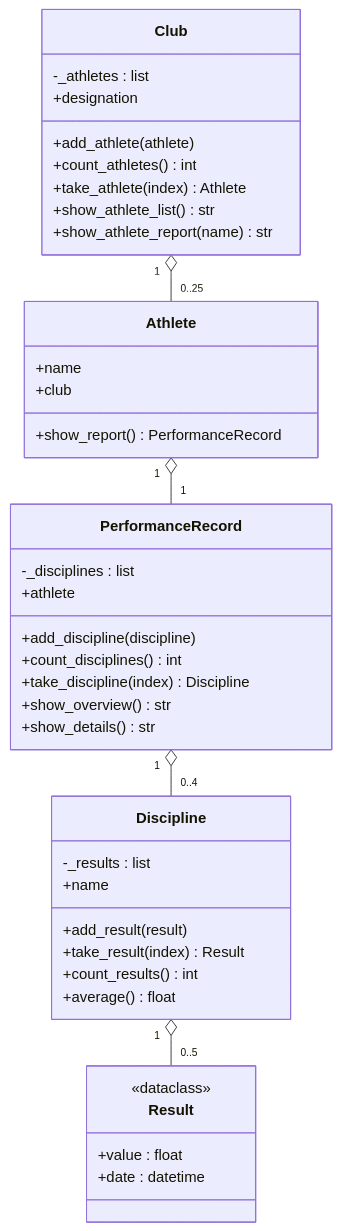
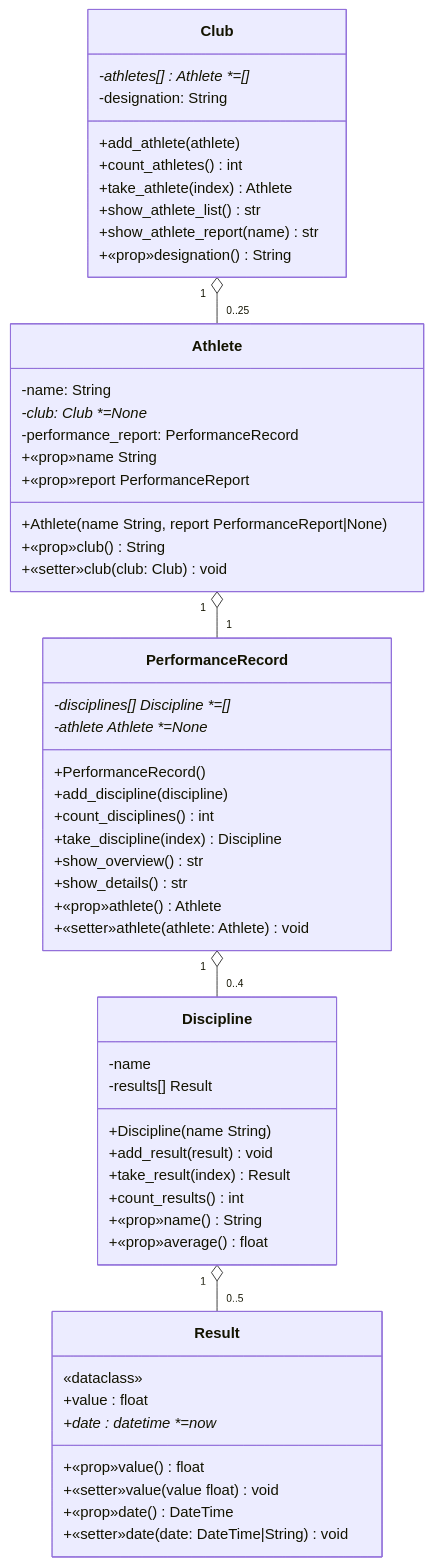
One commit to templates-python/m320-lu09-a02-sports changed the diagram in Aufgabenstellung.md. Above: the diagram before and after it, drawn with Mermaid. The commit also changed other lines of this file, not shown here.

````diff
--- a/Aufgabenstellung.md
+++ b/Aufgabenstellung.md
@@ -22,44 +22,60 @@
 ```mermaid
 classDiagram
+    
+    class Athlete {
+        -name: String
+        -club: Club *=None*
+        -performance_report: PerformanceRecord
+        +Athlete(name String, report PerformanceReport|None)
+        +«prop»name String
+        +«prop»club() String
+        +«setter»club (club: Club) void
+        +«prop»report PerformanceReport
+    }
+    class PerformanceRecord {
+        -disciplines[] Discipline *=[]*
+        -athlete Athlete *=None*
+        +PerformanceRecord()
+        +add_discipline(discipline)
+        +count_disciplines() int
+        +take_discipline(index) Discipline
+        +show_overview() str
+        +show_details() str
+        +«prop»athlete() Athlete
+        +«setter»athlete(athlete: Athlete) void
+    }
     class Club {
-        -_athletes : list
-        +designation
+        -athletes[] : Athlete *=[]*
+        -designation: String
         +add_athlete(athlete)
         +count_athletes() int
         +take_athlete(index) Athlete
         +show_athlete_list() str
         +show_athlete_report(name) str
-    }
-    class Athlete {
-        +name
-        +club
-        +show_report() PerformanceRecord
-    }
-    class PerformanceRecord {
-        -_disciplines : list
-        +athlete
-        +add_discipline(discipline)
-        +count_disciplines() int
-        +take_discipline(index) Discipline
-        +show_overview() str
-        +show_details() str
+        +«prop»designation() String
     }
     class Discipline {
-        -_results : list
-        +name
-        +add_result(result)
+        -name
+        -results[] Result
+        +Discipline(name String)
+        +add_result(result) void
         +take_result(index) Result
         +count_results() int
-        +average() float
+        +«prop»name() String
+        +«prop»average() float
     }
     class Result {
-        <<dataclass>>
+        «dataclass»
         +value : float
-        +date : datetime
+        +date : datetime *=now*
+        +«prop»value() float
+        +«setter»value(value float) void
+        +«prop»date() DateTime
+        +«setter»date(date: DateTime|String) void
     }
 
     Club "1" o-- "0..25" Athlete
     Athlete "1" o-- "1" PerformanceRecord
     PerformanceRecord "1" o-- "0..4" Discipline
     Discipline "1" o-- "0..5" Result
 ```
````
